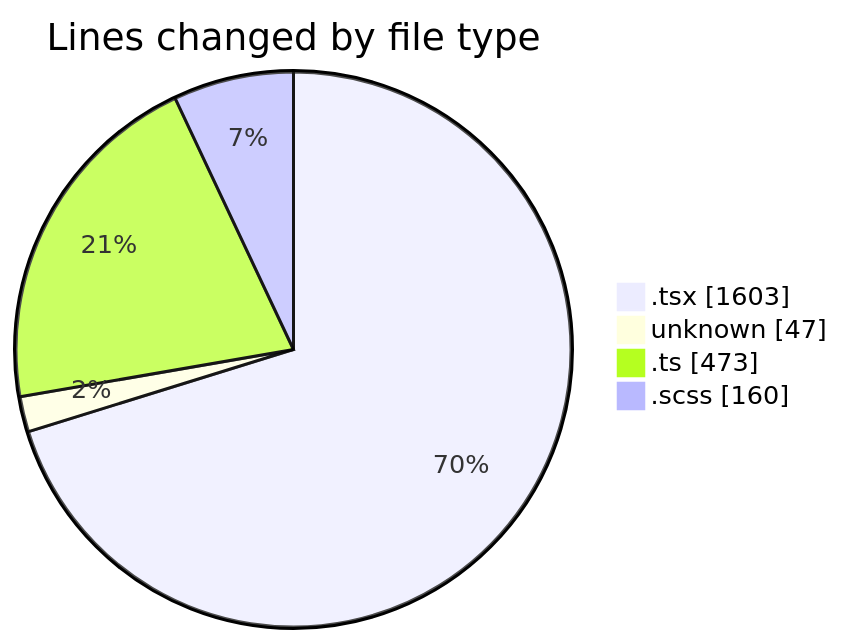
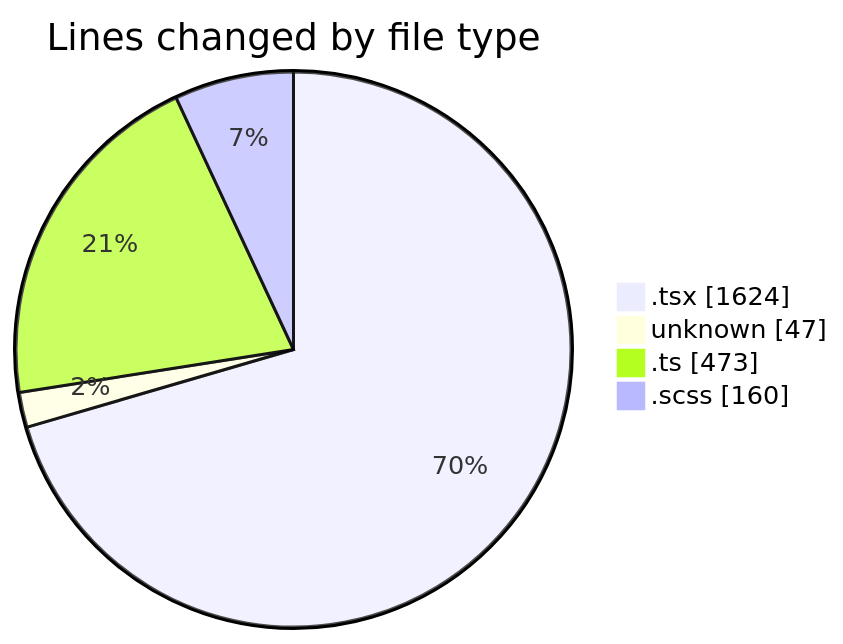
One commit to momahboobian/code-tracking changed the first of 2 diagrams in 2025-09-18/cda/README.md. Above: the diagram before and after it, drawn with Mermaid. The commit also changed other lines of this file and 1 other file, not shown here.

````diff
--- a/2025-09-18/cda/README.md
+++ b/2025-09-18/cda/README.md
@@ -25,8 +25,8 @@
 ```mermaid
 pie showData
 title Lines changed by file type
-".tsx" : 1603
+".tsx" : 1624
 "unknown" : 47
 ".ts" : 473
 ".scss" : 160
 ```
````
